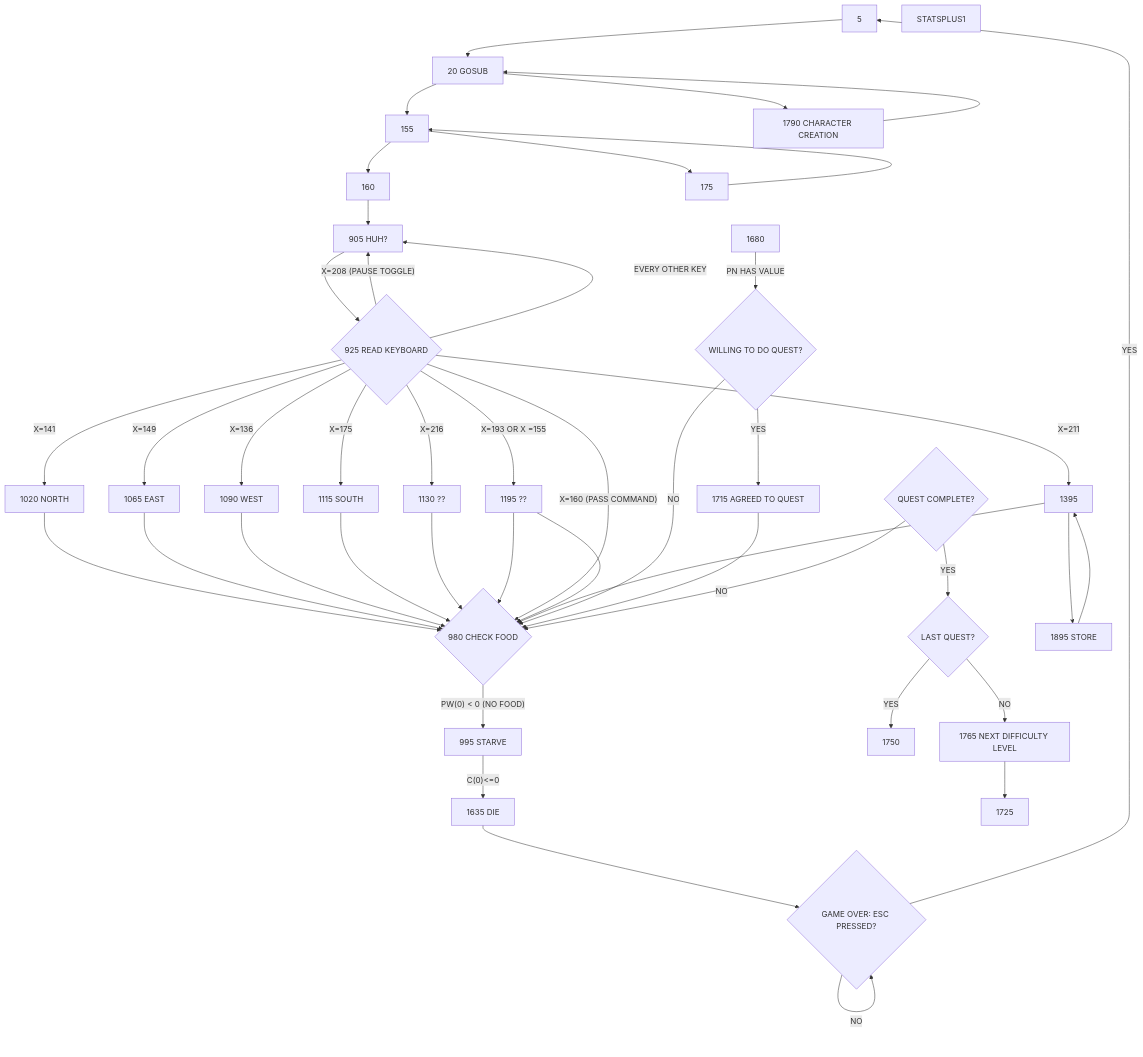
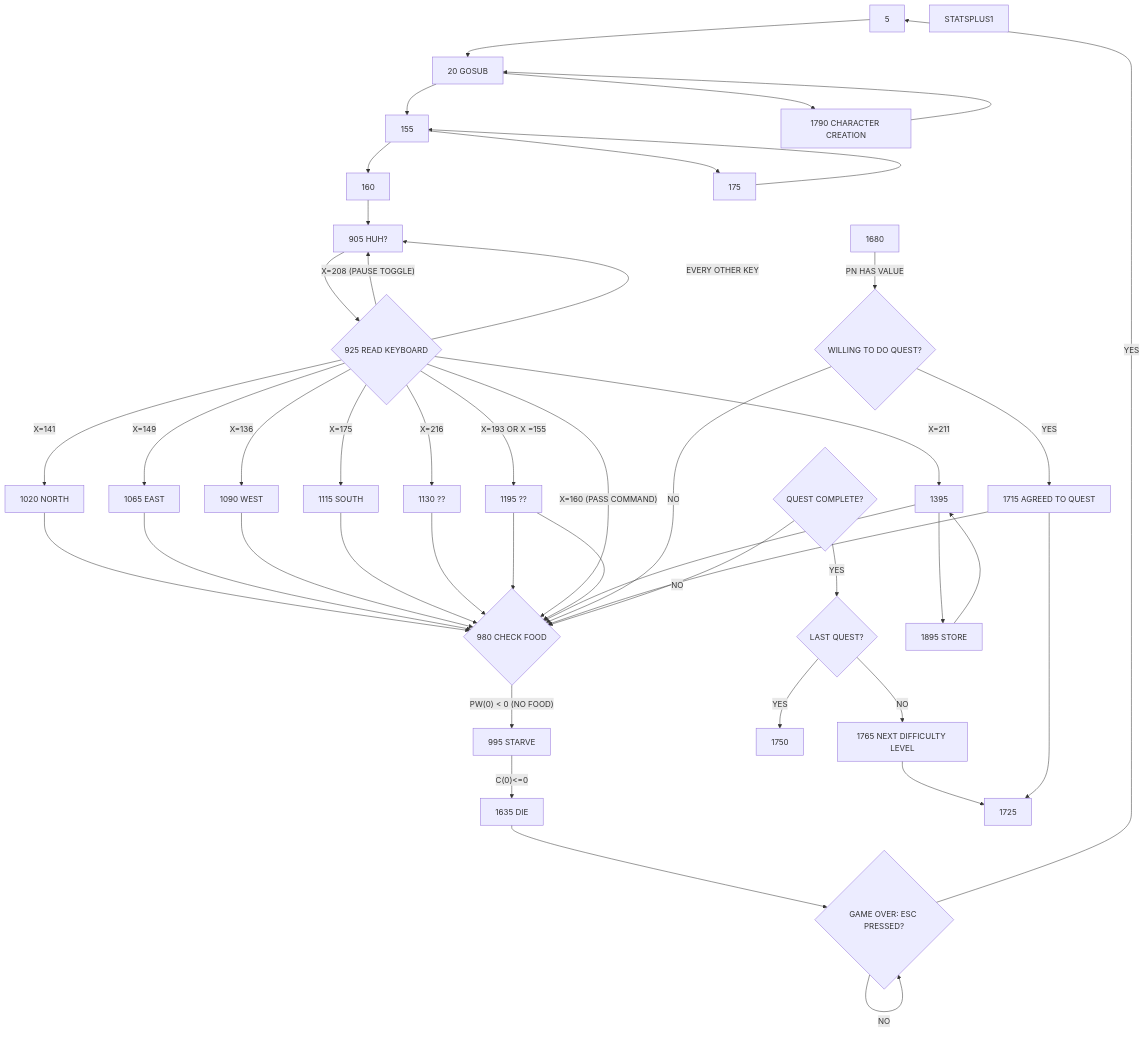
Before and after one commit to Lightbender-Studios/akalabeth-nodejs: the diagram in js/akalabeth-phaser3-typescript/documents/AKALABETH PROGRAM FLOW.md, drawn with Mermaid.

Commit message:
Diagram mostly finished.  Some issues figuring out how it all connects.

````diff
--- a/js/akalabeth-phaser3-typescript/documents/AKALABETH PROGRAM FLOW.md
+++ b/js/akalabeth-phaser3-typescript/documents/AKALABETH PROGRAM FLOW.md
@@ -3,45 +3,46 @@
 ```mermaid
 graph
 5-->20
 20[20 GOSUB]-->1790
 1790[1790 CHARACTER CREATION]-->20
 20-->155-->175
 175-->155
 155-->160-->905[905 GET COMMAND]
 905-->925{925 READ KEYBOARD}
 925-->|X=141|1020[1020 NORTH]
 1020-->980
 925-->|X=149|1065[1065 EAST]
 1065-->980
 925-->|X=136|1090[1090 WEST]
 1090-->980
 925-->|X=175|1115[1115 SOUTH]
 1115-->980
 925-->|X=216|1130[1130 ??]
 1130-->980
 925-->|X=193 OR X =155|1195[1195 ??]
 1195-->980
 925-->|"X=160 (PASS COMMAND)"|980
 925-->|"X=211"|1395
 925-->|"X=208 (PAUSE TOGGLE)"|905
 925-->|"EVERY OTHER KEY"|905[905 HUH?]
 980-->|"PW(0) < 0 (NO FOOD)"|995[995 STARVE]
 995-->|"C(0)<=0"|1635[1635 DIE]
 1195-->980{980 CHECK FOOD}
 1395-->1895[1895 STORE]
 1895-->1395
 1395-->980
 1635-->1670
 1670{GAME OVER: ESC PRESSED?}-->|"YES"|5
 1670-->|"NO"|1670
 1680-->|PN HAS VALUE|1705{WILLING TO DO QUEST?}
 1705-->|"NO"| 980
 1705-->|"YES"| 1715
 1715[1715 AGREED TO QUEST] --> 980
 STATSPLUS1
 1730{QUEST COMPLETE?}-->|"NO"|980
 1730-->|"YES"|1735{LAST QUEST?}
 1735-->|"YES"|1750
 1735-->|"NO"|1765[1765 NEXT DIFFICULTY LEVEL]
 1765-->1725
+1715-->1725
 ```
````
